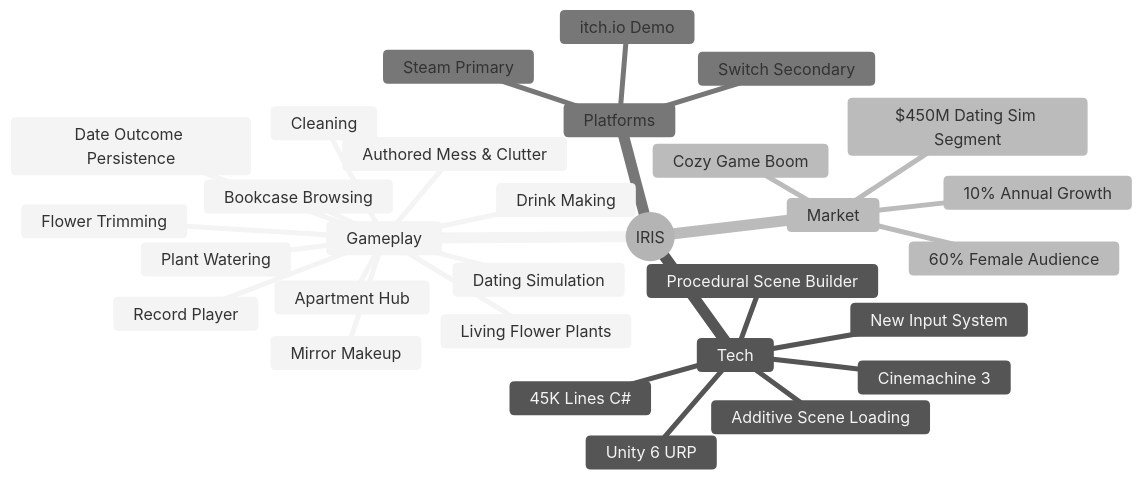
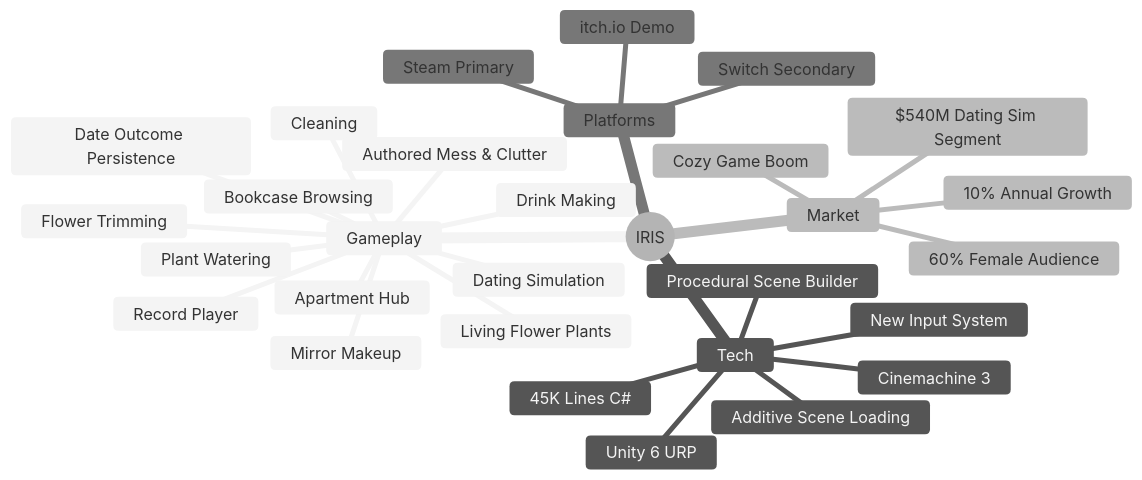
The first of 31 diagrams in docs/IRIS_REPORT.md (MartyChouette/iris_v3.0), drawn with Mermaid (neutral theme) before and after one commit. The commit also changed other lines of this file and 48 other files, not shown here.

````diff
--- a/docs/IRIS_REPORT.md
+++ b/docs/IRIS_REPORT.md
@@ -30,33 +30,33 @@
 ```mermaid
 mindmap
   root((IRIS))
     Gameplay
       Flower Trimming
       Apartment Hub
       Dating Simulation
       Drink Making
       Bookcase Browsing
       Record Player
       Mirror Makeup
       Plant Watering
       Cleaning
       Authored Mess & Clutter
       Living Flower Plants
       Date Outcome Persistence
     Tech
       Unity 6 URP
       Cinemachine 3
       New Input System
       Procedural Scene Builder
       Additive Scene Loading
       45K Lines C#
     Market
-      $450M Dating Sim Segment
+      $540M Dating Sim Segment
       10% Annual Growth
       60% Female Audience
       Cozy Game Boom
     Platforms
       Steam Primary
       Switch Secondary
       itch.io Demo
 ```
````
